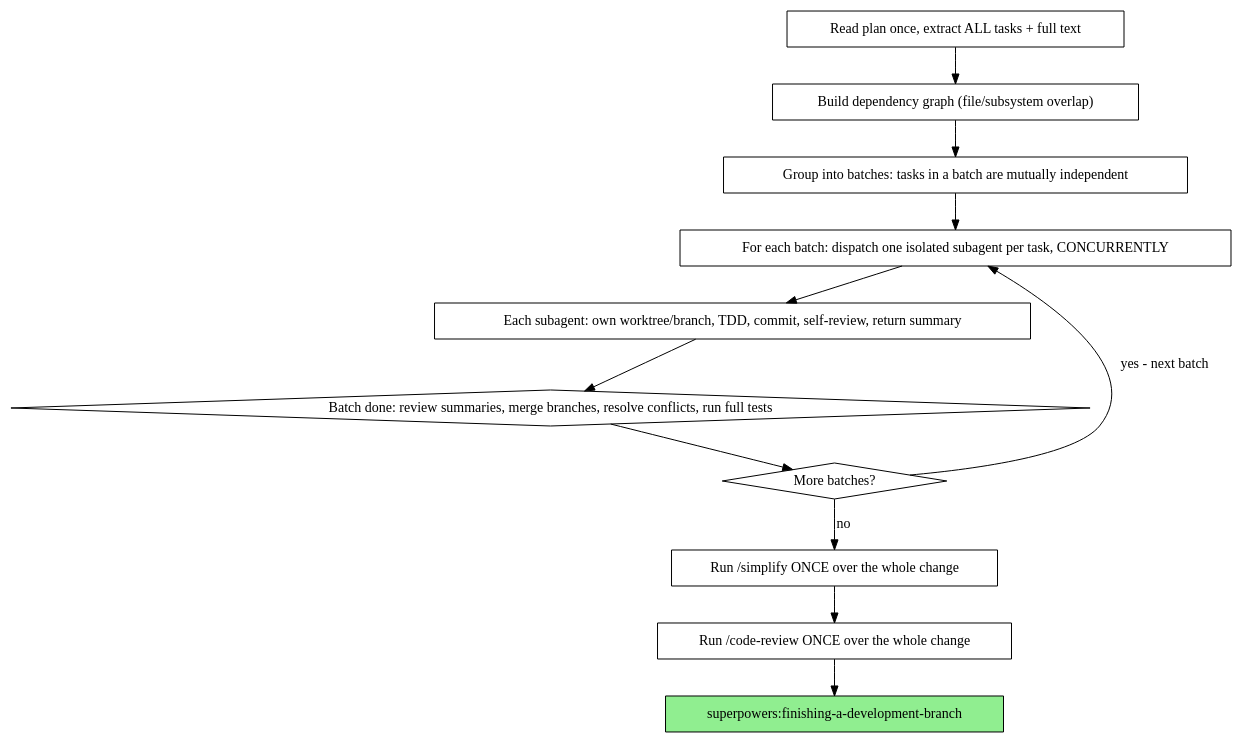
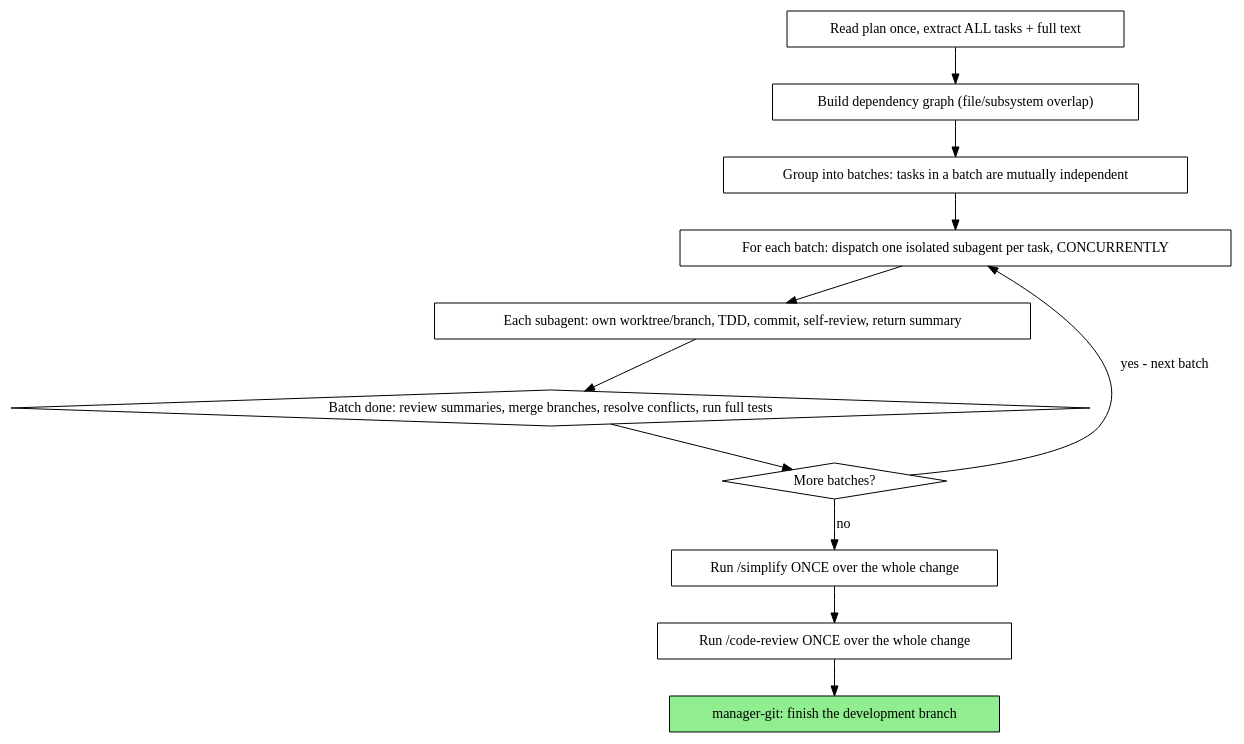
The diagram in .claude/skills/parallel/SKILL.md (yesitsfebreeze/machine), drawn with Graphviz before and after one commit. The commit also changed other lines of this file and 32 other files, not shown here.

````diff
--- a/.claude/skills/parallel/SKILL.md
+++ b/.claude/skills/parallel/SKILL.md
@@ -43,26 +42,26 @@
 ```dot
 digraph parallel_exec {
     rankdir=TB;
     "Read plan once, extract ALL tasks + full text" [shape=box];
     "Build dependency graph (file/subsystem overlap)" [shape=box];
     "Group into batches: tasks in a batch are mutually independent" [shape=box];
     "For each batch: dispatch one isolated subagent per task, CONCURRENTLY" [shape=box];
     "Each subagent: own worktree/branch, TDD, commit, self-review, return summary" [shape=box];
     "Batch done: review summaries, merge branches, resolve conflicts, run full tests" [shape=diamond];
     "More batches?" [shape=diamond];
     "Run /simplify ONCE over the whole change" [shape=box];
     "Run /code-review ONCE over the whole change" [shape=box];
-    "superpowers:finishing-a-development-branch" [shape=box style=filled fillcolor=lightgreen];
+    "manager-git: finish the development branch" [shape=box style=filled fillcolor=lightgreen];
 
     "Read plan once, extract ALL tasks + full text" -> "Build dependency graph (file/subsystem overlap)";
     "Build dependency graph (file/subsystem overlap)" -> "Group into batches: tasks in a batch are mutually independent";
     "Group into batches: tasks in a batch are mutually independent" -> "For each batch: dispatch one isolated subagent per task, CONCURRENTLY";
     "For each batch: dispatch one isolated subagent per task, CONCURRENTLY" -> "Each subagent: own worktree/branch, TDD, commit, self-review, return summary";
     "Each subagent: own worktree/branch, TDD, commit, self-review, return summary" -> "Batch done: review summaries, merge branches, resolve conflicts, run full tests";
     "Batch done: review summaries, merge branches, resolve conflicts, run full tests" -> "More batches?";
     "More batches?" -> "For each batch: dispatch one isolated subagent per task, CONCURRENTLY" [label="yes - next batch"];
     "More batches?" -> "Run /simplify ONCE over the whole change" [label="no"];
     "Run /simplify ONCE over the whole change" -> "Run /code-review ONCE over the whole change";
-    "Run /code-review ONCE over the whole change" -> "superpowers:finishing-a-development-branch";
+    "Run /code-review ONCE over the whole change" -> "manager-git: finish the development branch";
 }
 ```
````
